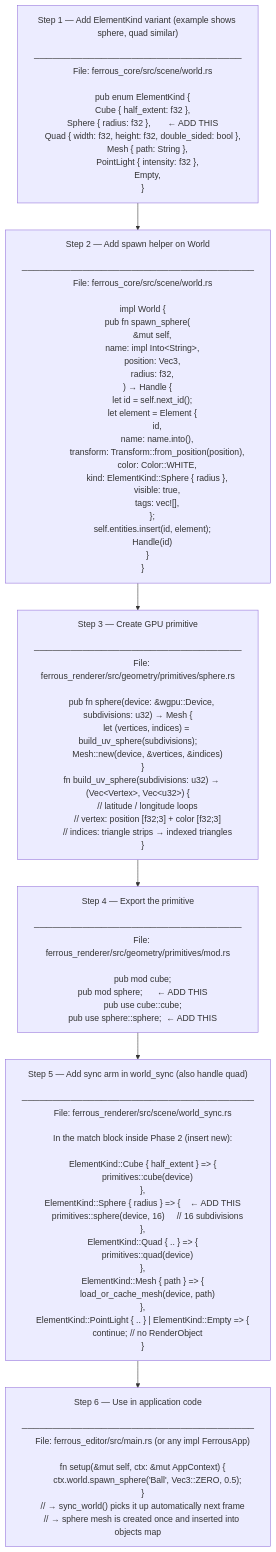
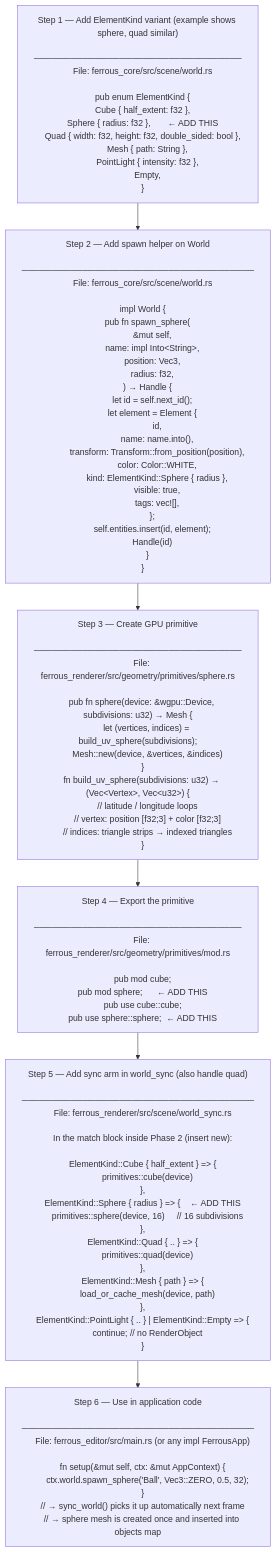
One commit to jvchiappini/FerrousEngine changed the second of 7 diagrams in flowmaps/adding-shapes.md. Above: the diagram before and after it, drawn with Mermaid. The commit also changed 10 other files, not shown here.

```diff
--- a/flowmaps/adding-shapes.md
+++ b/flowmaps/adding-shapes.md
@@ -113,7 +113,7 @@
     File: ferrous_editor/src/main.rs (or any impl FerrousApp)
 
     fn setup(&mut self, ctx: &mut AppContext) {
-        ctx.world.spawn_sphere('Ball', Vec3::ZERO, 0.5);
+        ctx.world.spawn_sphere('Ball', Vec3::ZERO, 0.5, 32);
     }
     // → sync_world() picks it up automatically next frame
     // → sphere mesh is created once and inserted into objects map"]
```
